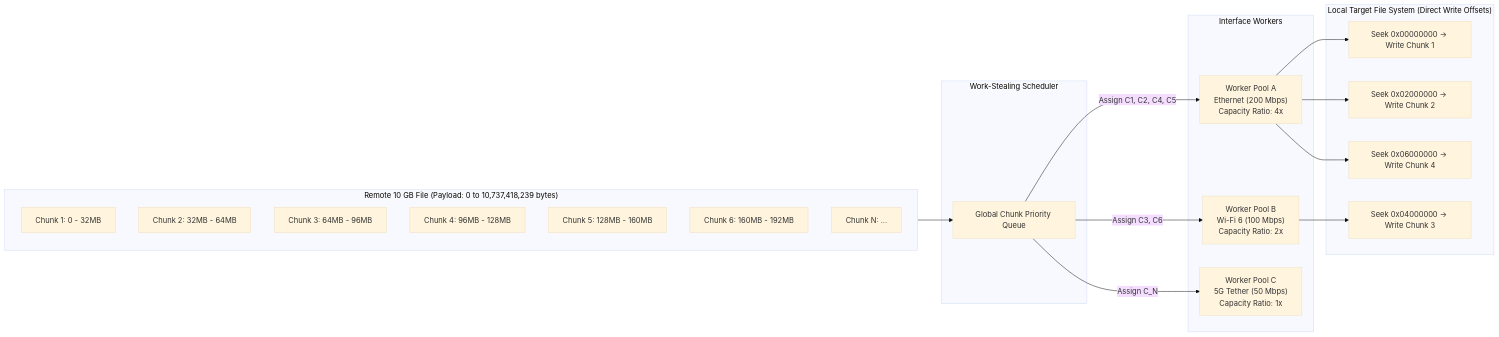
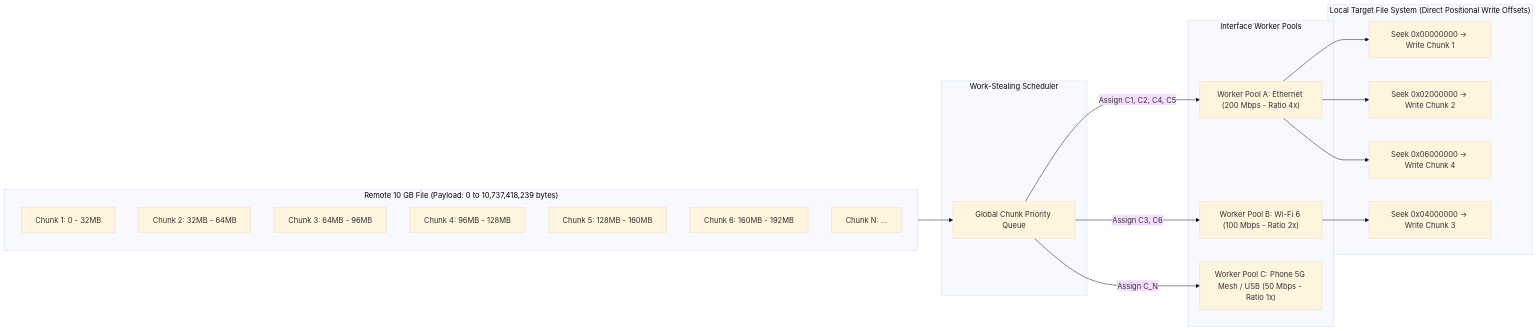
Before and after one commit to cubicreates/WifiGigaChad420: the fourth of 14 diagrams in Docs/WiFi_GigaChad_420_Plan.md, drawn with Mermaid (base theme). The commit also changed other lines of this file and 4 other files, not shown here.

````diff
--- a/Docs/WiFi_GigaChad_420_Plan.md
+++ b/Docs/WiFi_GigaChad_420_Plan.md
@@ -321,39 +366,39 @@
 ```mermaid
-graph LR
+flowchart LR
     subgraph Remote_Payload ["Remote 10 GB File (Payload: 0 to 10,737,418,239 bytes)"]
         C1["Chunk 1: 0 - 32MB"]
         C2["Chunk 2: 32MB - 64MB"]
         C3["Chunk 3: 64MB - 96MB"]
         C4["Chunk 4: 96MB - 128MB"]
         C5["Chunk 5: 128MB - 160MB"]
         C6["Chunk 6: 160MB - 192MB"]
         C_N["Chunk N: ..."]
     end
 
     subgraph Sched ["Work-Stealing Scheduler"]
         Q["Global Chunk Priority Queue"]
     end
 
-    subgraph Workers ["Interface Workers"]
-        W1["Worker Pool A<br/>Ethernet (200 Mbps)<br/>Capacity Ratio: 4x"]
-        W2["Worker Pool B<br/>Wi-Fi 6 (100 Mbps)<br/>Capacity Ratio: 2x"]
-        W3["Worker Pool C<br/>5G Tether (50 Mbps)<br/>Capacity Ratio: 1x"]
+    subgraph Workers ["Interface Worker Pools"]
+        W1["Worker Pool A: Ethernet (200 Mbps - Ratio 4x)"]
+        W2["Worker Pool B: Wi-Fi 6 (100 Mbps - Ratio 2x)"]
+        W3["Worker Pool C: Phone 5G Mesh / USB (50 Mbps - Ratio 1x)"]
     end
 
-    subgraph Sparse_File ["Local Target File System (Direct Write Offsets)"]
+    subgraph Sparse_File ["Local Target File System (Direct Positional Write Offsets)"]
         F1["Seek 0x00000000 -> Write Chunk 1"]
         F2["Seek 0x02000000 -> Write Chunk 2"]
         F3["Seek 0x04000000 -> Write Chunk 3"]
         F4["Seek 0x06000000 -> Write Chunk 4"]
     end
 
     Remote_Payload --> Q
-    Q -->|Assign C1, C2, C4, C5| W1
-    Q -->|Assign C3, C6| W2
-    Q -->|Assign C_N| W3
+    Q -->|"Assign C1, C2, C4, C5"| W1
+    Q -->|"Assign C3, C6"| W2
+    Q -->|"Assign C_N"| W3
 
     W1 --> F1
     W1 --> F2
     W2 --> F3
     W1 --> F4
 ```
````
